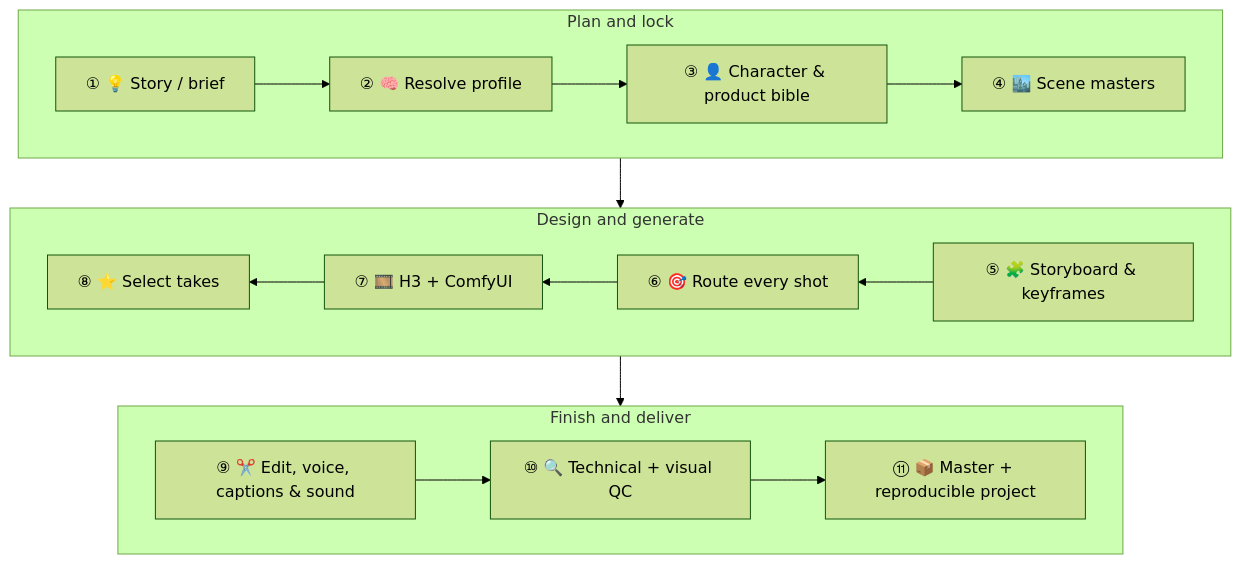
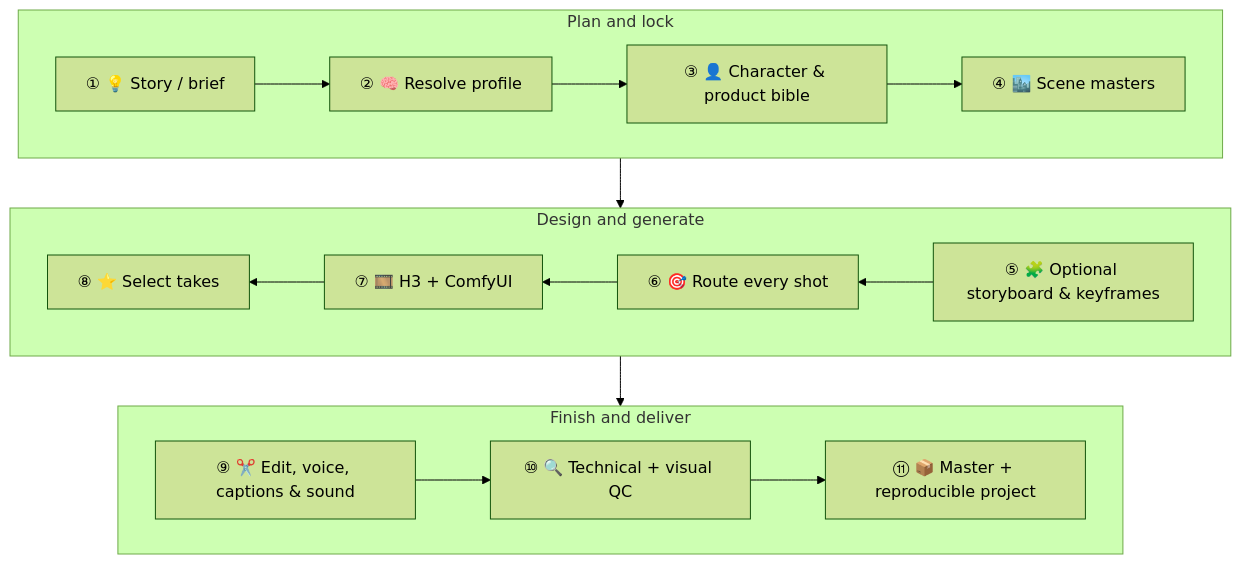
The diagram in README.md (dadakarim081-rgb/MiniMax-H3-Codex-Drama), drawn with Mermaid (forest theme) before and after one commit. The commit also changed other lines of this file and 6 other files, not shown here.

Commit message:
docs: freeze CD5 H3 architecture

````diff
--- a/README.md
+++ b/README.md
@@ -94,16 +94,16 @@
 ```mermaid
 flowchart TB
     subgraph R1["Plan and lock"]
         direction LR
         A["① 💡 Story / brief"] --> B["② 🧠 Resolve profile"] --> C["③ 👤 Character & product bible"] --> D["④ 🏙️ Scene masters"]
     end
     subgraph R2["Design and generate"]
         direction RL
-        E["⑤ 🧩 Storyboard & keyframes"] --> F["⑥ 🎯 Route every shot"] --> G["⑦ 🎞️ H3 + ComfyUI"] --> H["⑧ ⭐ Select takes"]
+        E["⑤ 🧩 Optional storyboard & keyframes"] --> F["⑥ 🎯 Route every shot"] --> G["⑦ 🎞️ H3 + ComfyUI"] --> H["⑧ ⭐ Select takes"]
     end
     subgraph R3["Finish and deliver"]
         direction LR
         I["⑨ ✂️ Edit, voice, captions & sound"] --> J["⑩ 🔍 Technical + visual QC"] --> K["⑪ 📦 Master + reproducible project"]
     end
     R1 --> R2 --> R3
 ```
````
